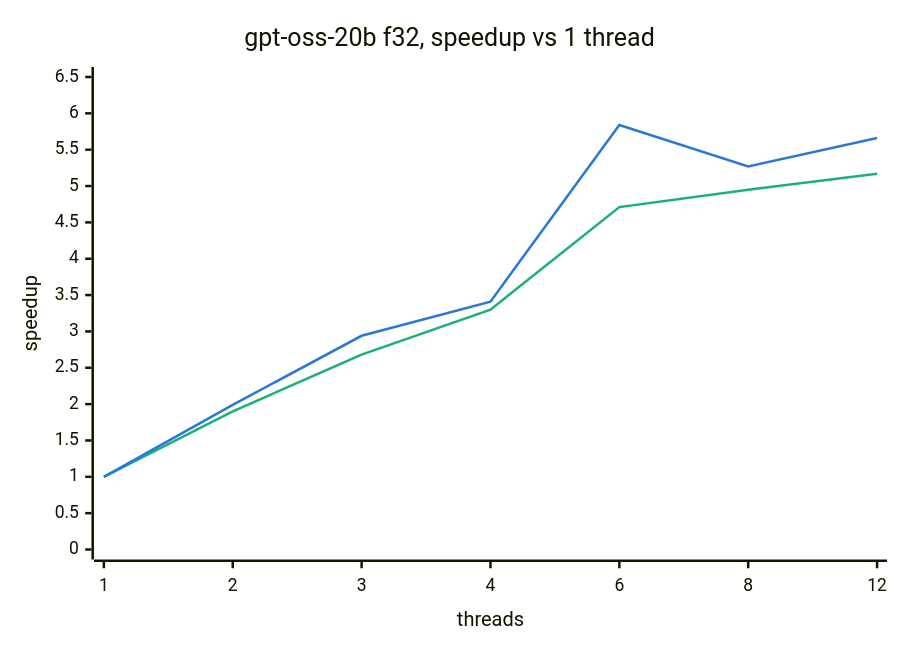
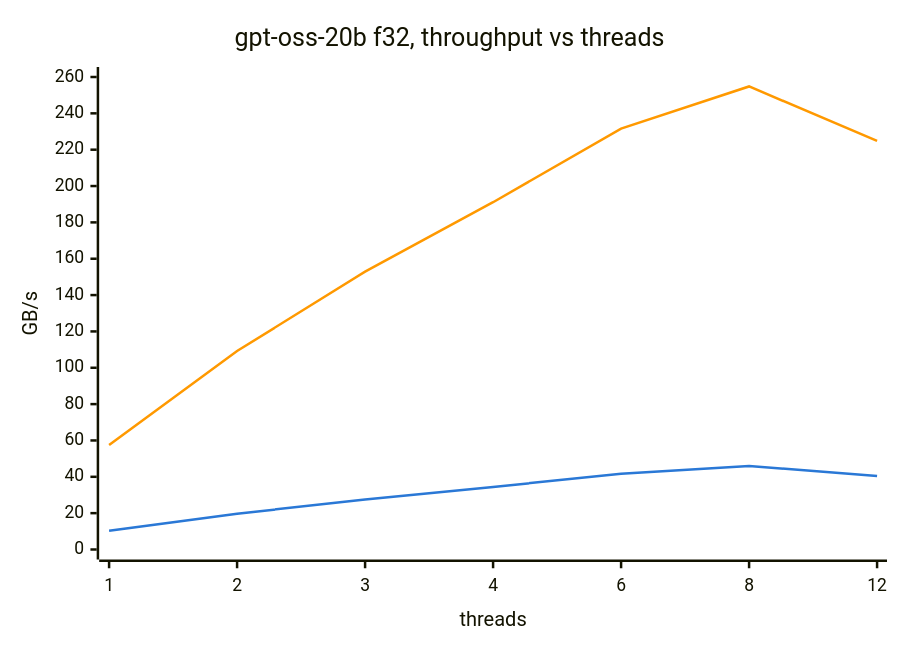
The diagram in README.md (fior512/dequant), drawn with Mermaid before and after one commit. The commit also changed other lines of this file and 8 other files, not shown here.

````diff
--- a/README.md
+++ b/README.md
@@ -88,9 +85,9 @@
 ```mermaid
-%%{init: {"themeVariables": {"xyChart": {"plotColorPalette": "#1baf7a, #2a78d6"}}}}%%
+%%{init: {"themeVariables": {"xyChart": {"plotColorPalette": "#2a78d6, #FF9900"}}}}%%
 xychart-beta
-    title "gpt-oss-20b f32, speedup vs 1 thread"
+    title "gpt-oss-20b f32, throughput vs threads"
     x-axis "threads" ["1", "2", "3", "4", "6", "8", "12"]
-    y-axis "speedup" 0 --> 6.5
-    line [1, 1.90, 2.68, 3.30, 4.71, 4.95, 5.17]
-    line [1, 1.99, 2.94, 3.41, 5.84, 5.27, 5.66]
+    y-axis "GB/s" 0 --> 260
+    line [10.3, 19.7, 27.5, 34.4, 41.7, 45.9, 40.5]
+    line [57.5, 109.2, 152.9, 191.1, 231.6, 254.8, 224.8]
 ```
````
